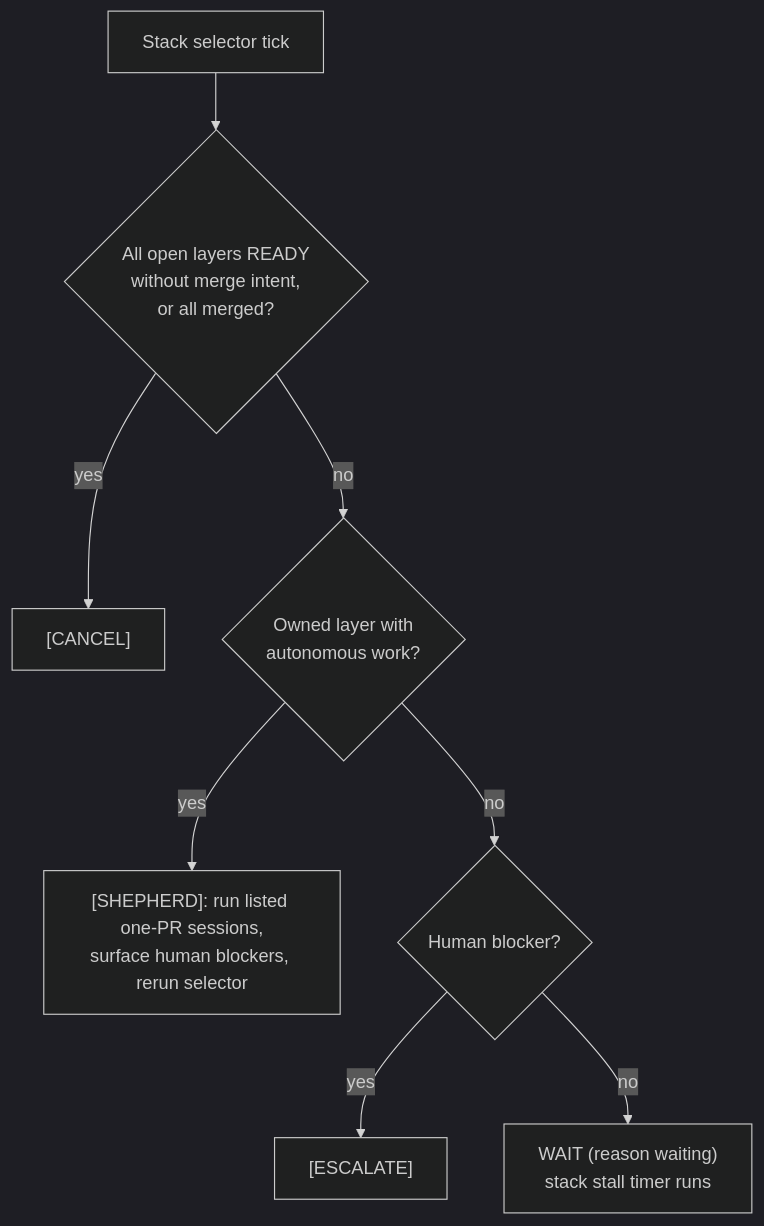
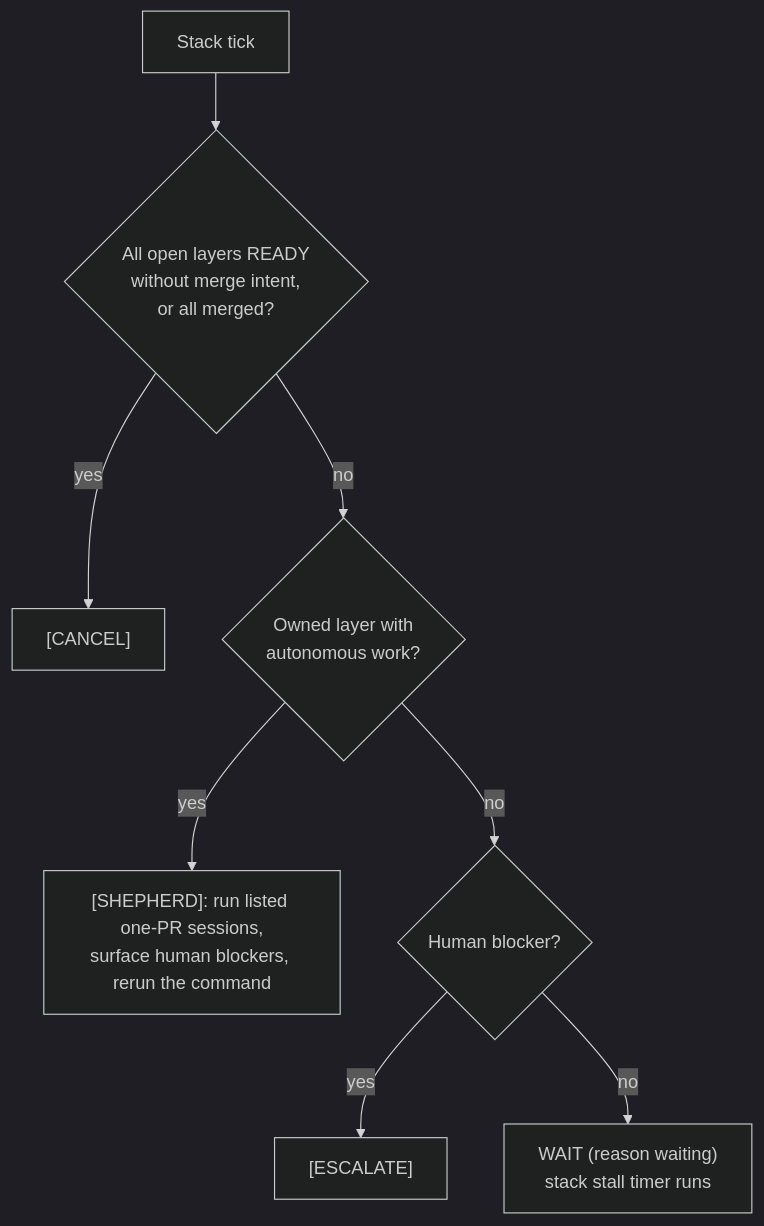
The diagram in docs/actions.md (jonathanong/pr-shepherd), drawn with Mermaid (dark theme) before and after one commit. The commit also changed other lines of this file and 378 other files, not shown here.

````diff
--- a/docs/actions.md
+++ b/docs/actions.md
@@ -214,10 +216,10 @@
 ```mermaid
 flowchart TD
-  A[Stack selector tick] --> B{All open layers READY<br/>without merge intent,<br/>or all merged?}
+  A[Stack tick] --> B{All open layers READY<br/>without merge intent,<br/>or all merged?}
   B -- yes --> C["[CANCEL]"]
   B -- no --> D{Owned layer with<br/>autonomous work?}
-  D -- yes --> E["[SHEPHERD]: run listed one-PR sessions,<br/>surface human blockers, rerun selector"]
+  D -- yes --> E["[SHEPHERD]: run listed one-PR sessions,<br/>surface human blockers, rerun the command"]
   D -- no --> F{Human blocker?}
   F -- yes --> G["[ESCALATE]"]
   F -- no --> H["WAIT (reason waiting)<br/>stack stall timer runs"]
 ```
````
